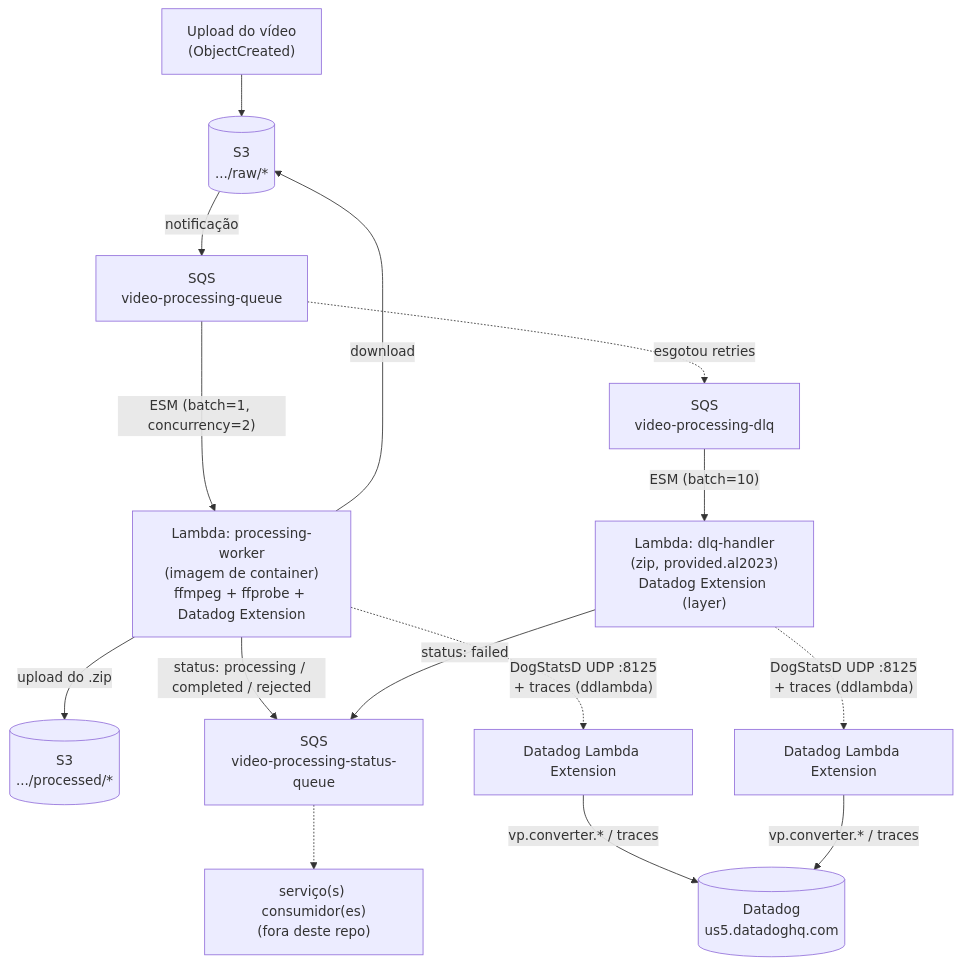
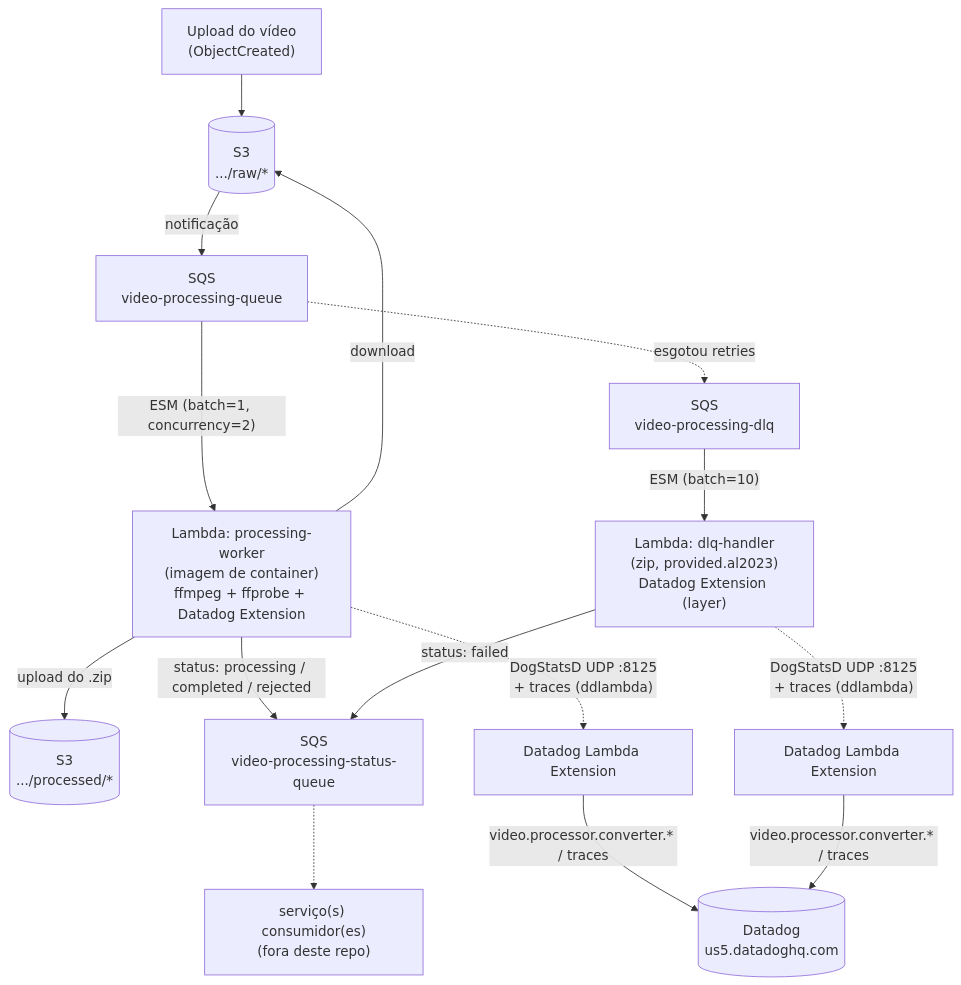
One commit to 13SOAT-andromeda/video-processor-converter changed the diagram in README.md. Above: the diagram before and after it, drawn with Mermaid. The commit also changed other lines of this file and 7 other files, not shown here.

````diff
--- a/README.md
+++ b/README.md
@@ -15,21 +15,21 @@
 ```mermaid
 flowchart TD
     Upload["Upload do vídeo\n(ObjectCreated)"] --> S3Raw[("S3\n.../raw/*")]
     S3Raw -- notificação --> QMain["SQS\nvideo-processing-queue"]
 
     QMain -- "ESM (batch=1, concurrency=2)" --> Worker["Lambda: processing-worker\n(imagem de container)\nffmpeg + ffprobe + Datadog Extension"]
 
     Worker -- download --> S3Raw
     Worker -- "upload do .zip" --> S3Proc[("S3\n.../processed/*")]
     Worker -- "status: processing / completed / rejected" --> QStatus["SQS\nvideo-processing-status-queue"]
 
     QMain -. "esgotou retries" .-> QDLQ["SQS\nvideo-processing-dlq"]
     QDLQ -- "ESM (batch=10)" --> DLQHandler["Lambda: dlq-handler\n(zip, provided.al2023)\nDatadog Extension (layer)"]
     DLQHandler -- "status: failed" --> QStatus
 
     Worker -. "DogStatsD UDP :8125\n+ traces (ddlambda)" .-> Ext1["Datadog Lambda Extension"]
     DLQHandler -. "DogStatsD UDP :8125\n+ traces (ddlambda)" .-> Ext2["Datadog Lambda Extension"]
-    Ext1 & Ext2 -- "vp.converter.* / traces" --> DD[("Datadog\nus5.datadoghq.com")]
+    Ext1 & Ext2 -- "video.processor.converter.* / traces" --> DD[("Datadog\nus5.datadoghq.com")]
 
     QStatus -.-> Downstream["serviço(s) consumidor(es)\n(fora deste repo)"]
 ```
````
